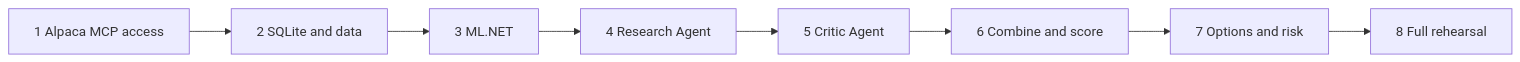
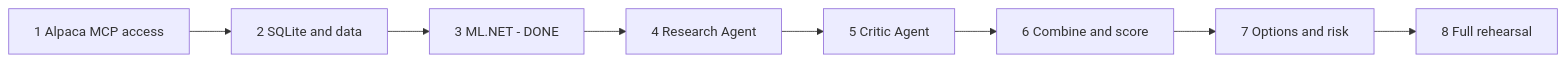
Before and after one commit to xakpc/Alpaca.NoIdea: the diagram in .lode/plans/mvp-roadmap.md, drawn with Mermaid. The commit also changed other lines of this file and 15 other files, not shown here.

````diff
--- a/.lode/plans/mvp-roadmap.md
+++ b/.lode/plans/mvp-roadmap.md
@@ -8,10 +12,10 @@
 ```mermaid
 flowchart LR
     P1[1 Alpaca MCP access] --> P2[2 SQLite and data]
-    P2 --> P3[3 ML.NET]
+    P2 --> P3[3 ML.NET - DONE]
     P3 --> P4[4 Research Agent]
     P4 --> P5[5 Critic Agent]
     P5 --> P6[6 Combine and score]
     P6 --> P7[7 Options and risk]
     P7 --> P8[8 Full rehearsal]
 ```
````
